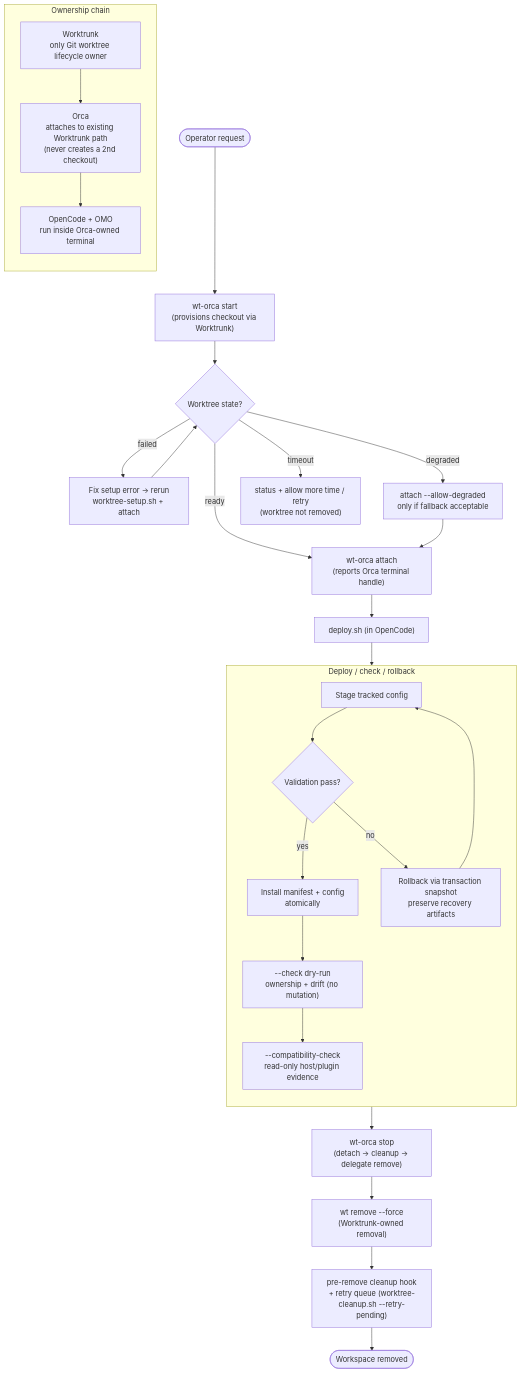
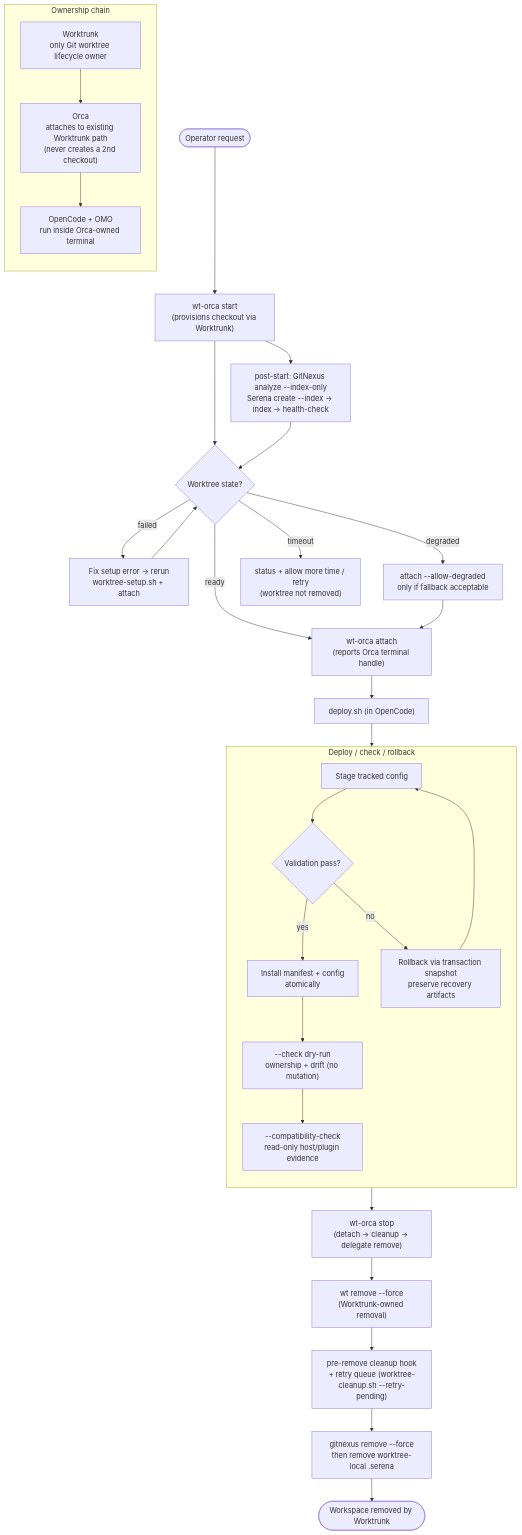
Before and after one commit to guilhermemmb/ai-rules: the diagram in docs/graphs/workspace-lifecycle.mmd, drawn with Mermaid. The commit also changed 20 other files, not shown here.

Commit message:
feat(ai-rules): replace codebase memory with GitNexus

```diff
--- a/docs/graphs/workspace-lifecycle.mmd
+++ b/docs/graphs/workspace-lifecycle.mmd
@@ -1,45 +1,49 @@
 %% Workspace and deployment lifecycle (current behavior)
 %% See docs/workflows.md; source: README.md, deploy.sh
 
 flowchart TD
     START(["Operator request"])
 
     subgraph OWNER["Ownership chain"]
         direction TB
         WT["Worktrunk<br/>only Git worktree lifecycle owner"]
         ORCA["Orca<br/>attaches to existing Worktrunk path<br/>(never creates a 2nd checkout)"]
         OC["OpenCode + OMO<br/>run inside Orca-owned terminal"]
         WT --> ORCA --> OC
     end
 
     START --> PROVISION["wt-orca start<br/>(provisions checkout via Worktrunk)"]
     PROVISION --> READY{"Worktree state?"}
+
+    PROVISION --> INTELLIGENCE["post-start: GitNexus analyze --index-only<br/>Serena create --index → index → health-check"]
+    INTELLIGENCE --> READY
 
     READY -->|"ready"| ATTACH["wt-orca attach<br/>(reports Orca terminal handle)"]
     READY -->|"failed"| RETRY["Fix setup error → rerun<br/>worktree-setup.sh + attach"]
     READY -->|"degraded"| DEGRADED["attach --allow-degraded<br/>only if fallback acceptable"]
     READY -->|"timeout"| TIMEOUT["status + allow more time / retry<br/>(worktree not removed)"]
     RETRY --> READY
     DEGRADED --> ATTACH
     ATTACH --> DEPLOY["deploy.sh (in OpenCode)"]
 
     subgraph DEPLOYLOOP["Deploy / check / rollback"]
         direction TB
         D1["Stage tracked config"]
         D2{"Validation pass?"}
         D3["Install manifest + config<br/>atomically"]
         D4["Rollback via transaction snapshot<br/>preserve recovery artifacts"]
         D5["--check dry-run<br/>ownership + drift (no mutation)"]
         D6["--compatibility-check<br/>read-only host/plugin evidence"]
     end
 
     DEPLOY --> D1 --> D2
     D2 -->|"yes"| D3
     D2 -->|"no"| D4
     D4 --> D1
     D3 --> D5 --> D6
 
     D6 --> DETACH["wt-orca stop<br/>(detach → cleanup → delegate remove)"]
     DETACH --> REMOVE["wt remove --force<br/>(Worktrunk-owned removal)"]
     REMOVE --> CLEANUP["pre-remove cleanup hook<br/>+ retry queue (worktree-cleanup.sh --retry-pending)"]
-    CLEANUP --> DONE(["Workspace removed"])
+    CLEANUP --> INTEL_CLEAN["gitnexus remove --force<br/>then remove worktree-local .serena"]
+    INTEL_CLEAN --> DONE(["Workspace removed by Worktrunk"])
```
